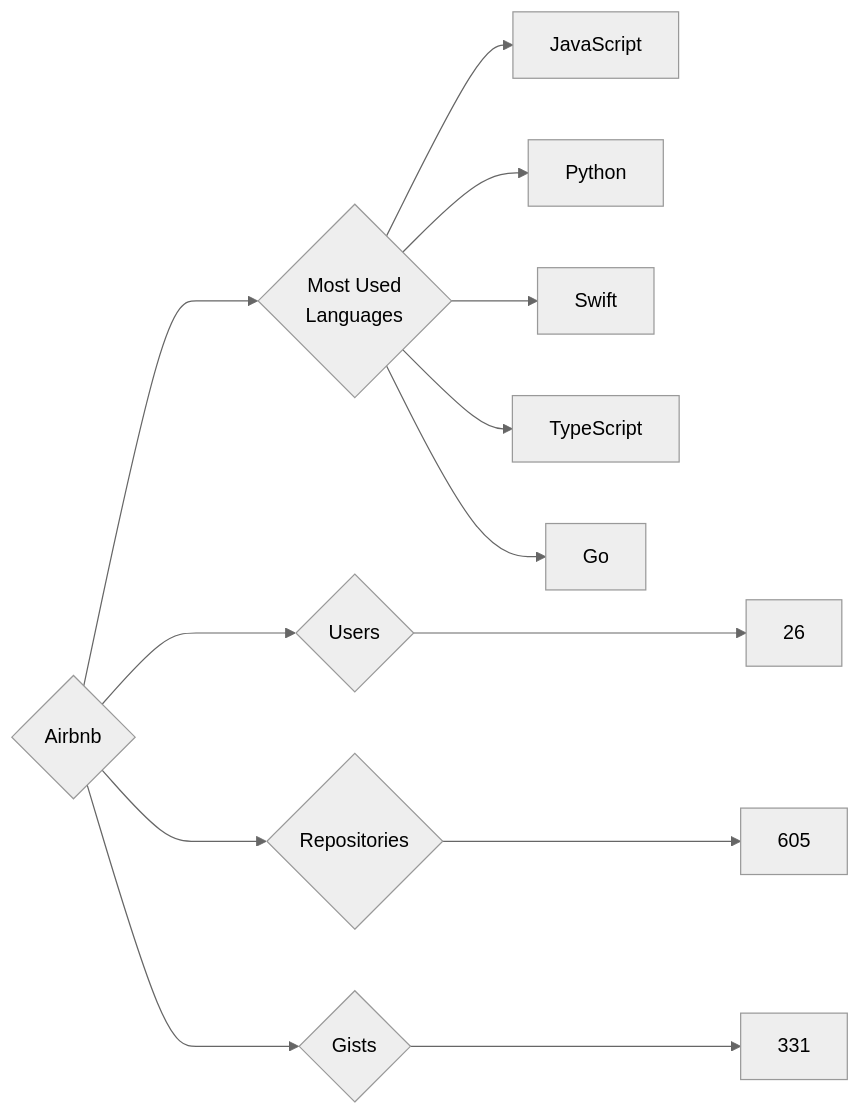
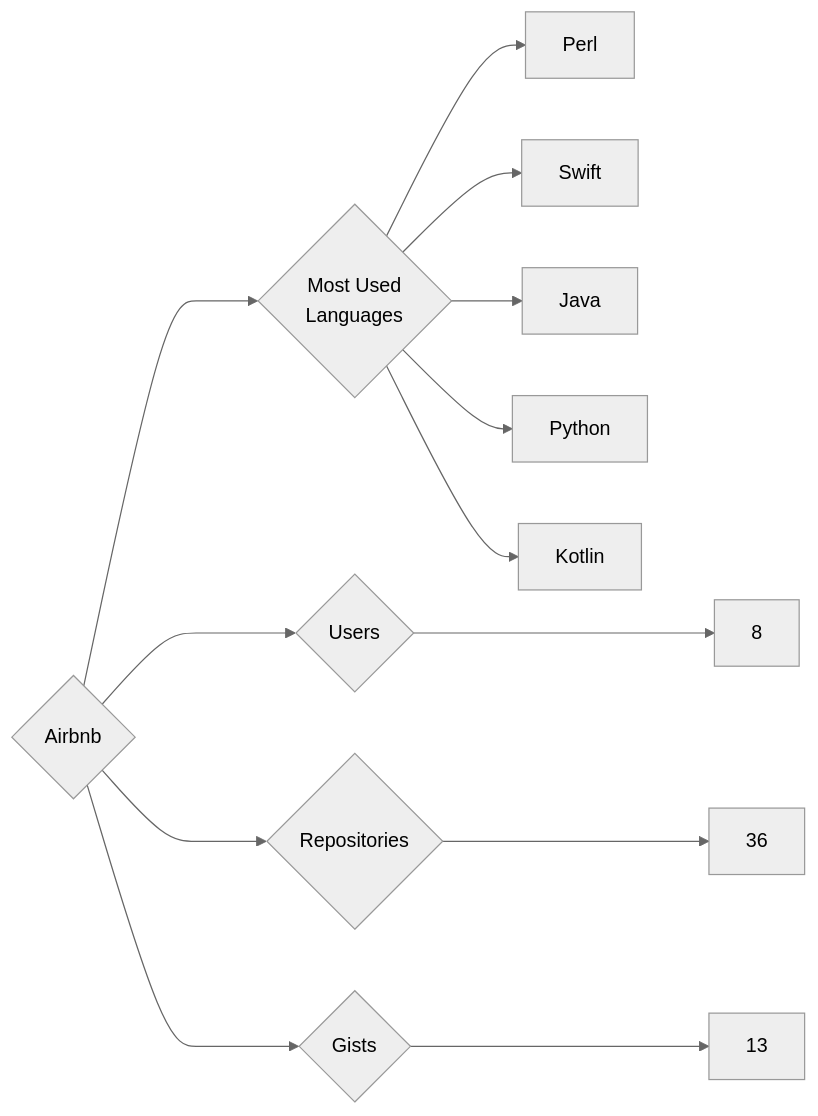
One commit to trickest/insiders changed the diagram in targets/Airbnb/README.md. Above: the diagram before and after it, drawn with Mermaid (neutral theme). The commit also changed 934 other files, not shown here.

````diff
--- a/targets/Airbnb/README.md
+++ b/targets/Airbnb/README.md
@@ -3,13 +3,13 @@
 ```mermaid
 graph LR
 COMPANY_NAME{Airbnb}
-COMPANY_NAME ---> U{Users} ---> UN[26]
-COMPANY_NAME ---> R{Repositories} ---> RN[605]
-COMPANY_NAME ---> G{Gists} ---> GN[331]
+COMPANY_NAME ---> U{Users} ---> UN[8]
+COMPANY_NAME ---> R{Repositories} ---> RN[36]
+COMPANY_NAME ---> G{Gists} ---> GN[13]
 COMPANY_NAME ---> ML{Most Used<br>Languages}
-ML --> JavaScript[JavaScript]
+ML --> Perl[Perl]
+ML --> Swift[Swift]
+ML --> Java[Java]
 ML --> Python[Python]
-ML --> Swift[Swift]
-ML --> TypeScript[TypeScript]
-ML --> Go[Go]
+ML --> Kotlin[Kotlin]
 ```
````
